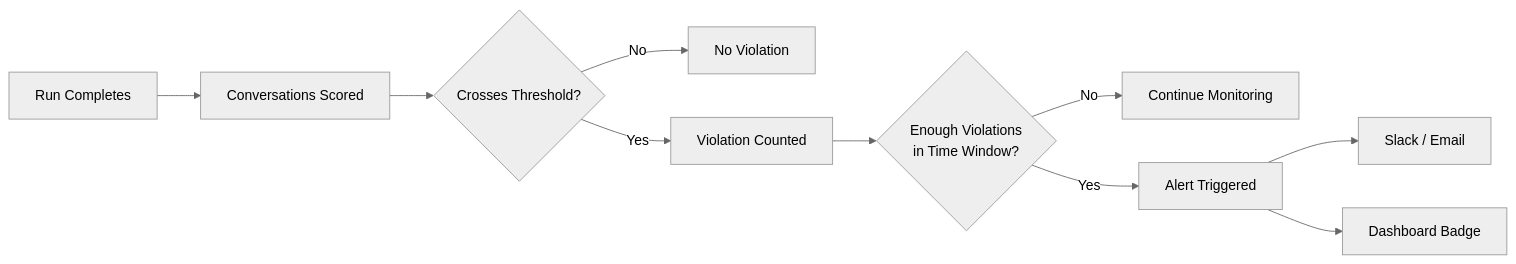
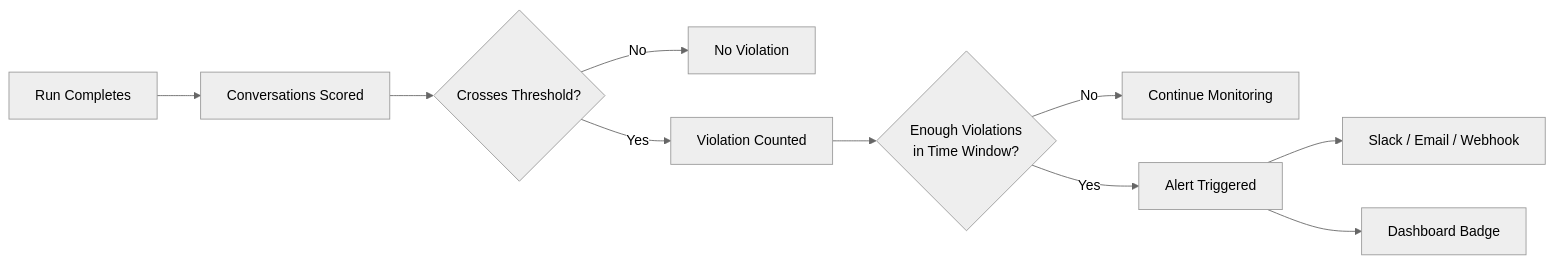
One commit to bluejay-ai-dev/docs changed the diagram in test/simulations/alerts.mdx. Above: the diagram before and after it, drawn with Mermaid (neutral theme). The commit also changed other lines of this file and 5 other files, not shown here.

````diff
--- a/test/simulations/alerts.mdx
+++ b/test/simulations/alerts.mdx
@@ -14,12 +14,12 @@
 ```mermaid
 flowchart LR
     Run[Run Completes] --> Score[Conversations Scored]
     Score --> Cross{Crosses Threshold?}
     Cross -->|No| OK[No Violation]
     Cross -->|Yes| Count[Violation Counted]
     Count --> Window{"Enough Violations\nin Time Window?"}
     Window -->|No| Wait[Continue Monitoring]
     Window -->|Yes| Fire[Alert Triggered]
-    Fire --> Notify[Slack / Email]
+    Fire --> Notify[Slack / Email / Webhook]
     Fire --> Badge[Dashboard Badge]
 ```
````
